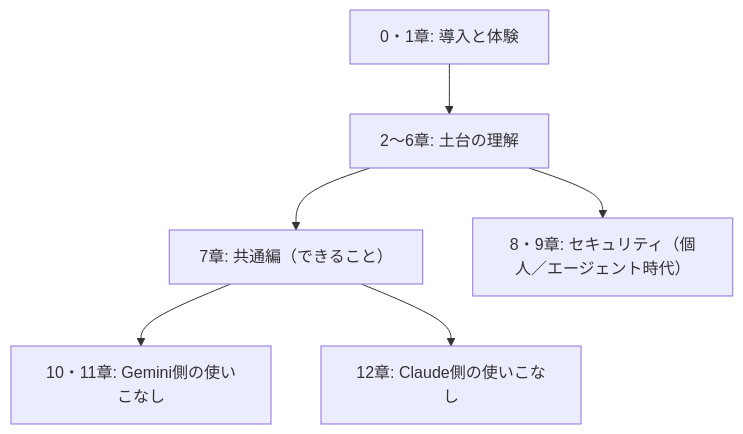
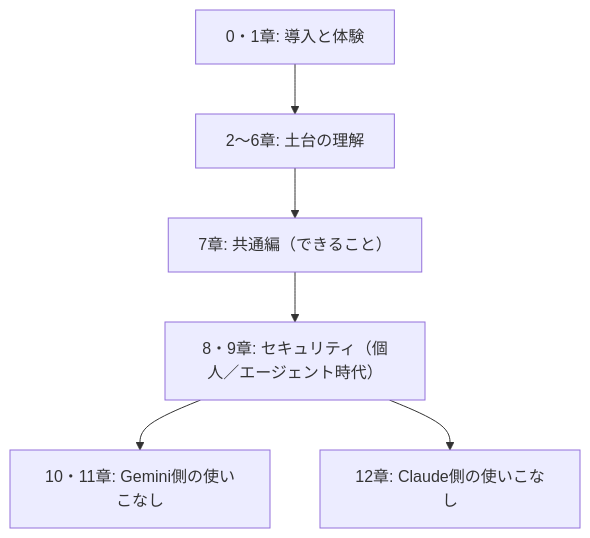
The diagram in docs/00-overview.md (ma2saka/docs-claude-sample), drawn with Mermaid before and after one commit. The commit also changed other lines of this file, not shown here.

Commit message:
Align chapter 0 diagram with reading order
Move the 8・9 security block to branch from 7章 instead of 2〜6章 so
the diagram matches the "1 → 2〜6 → 7 → 8・9 → 10・11 / 12" reading order
stated in the preamble.

Also clarify that 0章 is the map chapter and 本編 is 1〜12章, so the
"本編12章構成" phrasing no longer collides with README's 0〜12 listing.

Refs #49 (A)

````diff
--- a/docs/00-overview.md
+++ b/docs/00-overview.md
@@ -42,8 +42,8 @@
 ```mermaid
 flowchart TB
     A["0・1章: 導入と体験"] --> B["2〜6章: 土台の理解"]
     B --> C["7章: 共通編（できること）"]
-    C --> D["10・11章: Gemini側の使いこなし"]
-    C --> E["12章: Claude側の使いこなし"]
-    B --> F["8・9章: セキュリティ（個人／エージェント時代）"]
+    C --> F["8・9章: セキュリティ（個人／エージェント時代）"]
+    F --> D["10・11章: Gemini側の使いこなし"]
+    F --> E["12章: Claude側の使いこなし"]
 ```
````
